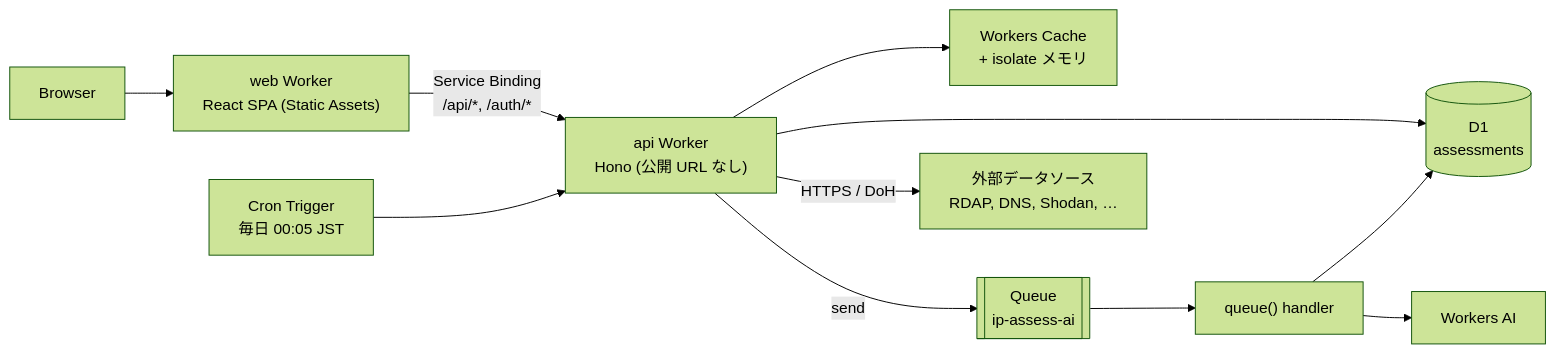
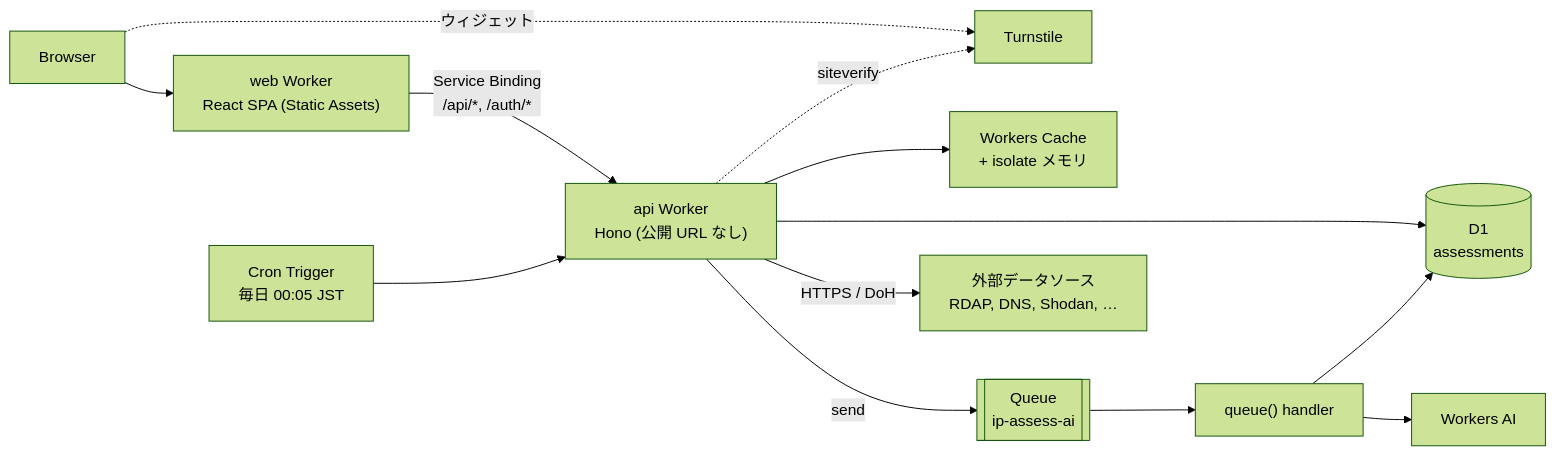
One commit to yoshihicode/ip-assess-web changed the first of 3 diagrams in README.md. Above: the diagram before and after it, drawn with Mermaid (forest theme). The commit also changed other lines of this file and 17 other files, not shown here.

````diff
--- a/README.md
+++ b/README.md
@@ -32,13 +32,15 @@
 ```mermaid
 flowchart LR
     Browser["Browser"] --> Web["web Worker<br/>React SPA (Static Assets)"]
+    Browser -. "ウィジェット" .-> TS["Turnstile"]
+    Api -. "siteverify" .-> TS
     Web -- "Service Binding<br/>/api/*, /auth/*" --> Api["api Worker<br/>Hono (公開 URL なし)"]
     Api --> D1[("D1<br/>assessments")]
     Api --> Cache["Workers Cache<br/>+ isolate メモリ"]
     Api -- "send" --> Queue[["Queue<br/>ip-assess-ai"]]
     Queue --> Consumer["queue() handler"]
     Consumer --> AI["Workers AI"]
     Consumer --> D1
     Cron["Cron Trigger<br/>毎日 00:05 JST"] --> Api
     Api -- "HTTPS / DoH" --> Ext["外部データソース<br/>RDAP, DNS, Shodan, …"]
 ```
````
